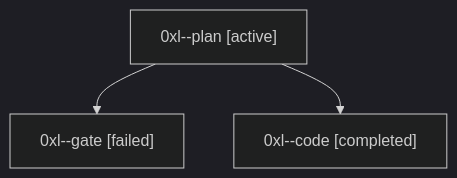
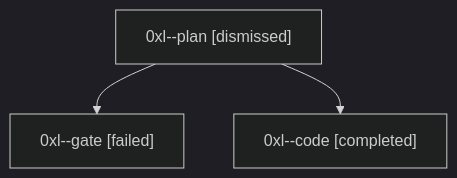
The diagram in sessions/bbugyi200.athena.0xl.md (bobs-org/bob-cli--agents), drawn with Mermaid (dark theme) before and after one commit. The commit also changed other lines of this file and 15 other files, not shown here.

````diff
--- a/sessions/bbugyi200.athena.0xl.md
+++ b/sessions/bbugyi200.athena.0xl.md
@@ -9,8 +9,8 @@
 ```mermaid
 flowchart TD
-  n0["0xl--plan [active]"]
+  n0["0xl--plan [dismissed]"]
   n1["0xl--gate [failed]"]
   n0 --> n1
   n2["0xl--code [completed]"]
   n0 --> n2
 ```
````
